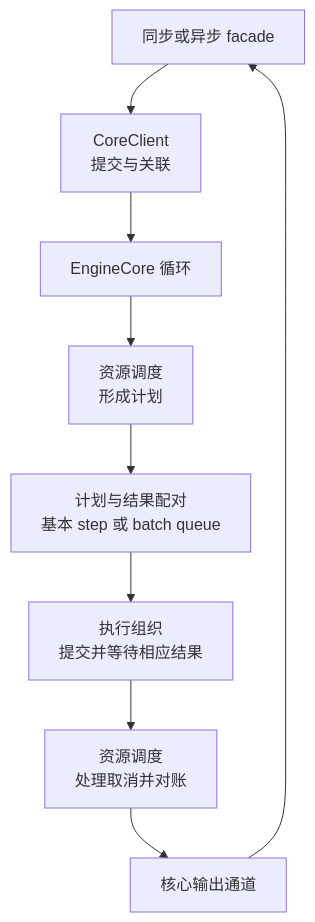
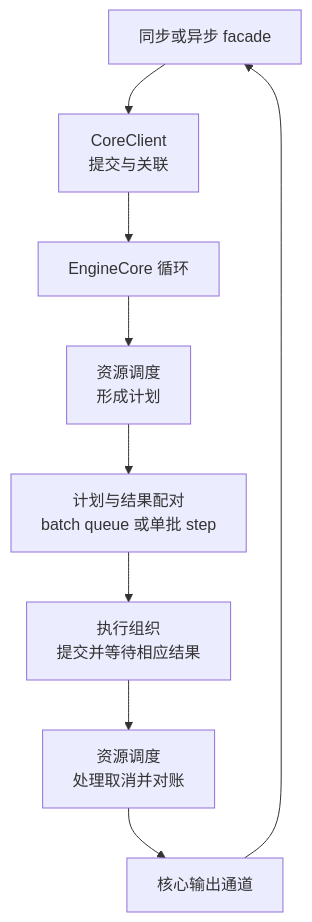
One commit to suhaibo666/llm-knowledge changed the fifth of 18 diagrams in wiki/02_engineering/03_infer_frameworks/vllm/02_vllm_architecture_overview_analysis.md. Above: the diagram before and after it, drawn with Mermaid. The commit also changed other lines of this file and 59 other files, not shown here.

````diff
--- a/wiki/02_engineering/03_infer_frameworks/vllm/02_vllm_architecture_overview_analysis.md
+++ b/wiki/02_engineering/03_infer_frameworks/vllm/02_vllm_architecture_overview_analysis.md
@@ -334,11 +362,11 @@
 ```mermaid
 flowchart TB
     F[同步或异步 facade] --> C[CoreClient<br/>提交与关联]
     C --> L[EngineCore 循环]
     L --> S[资源调度<br/>形成计划]
-    S --> Q[计划与结果配对<br/>基本 step 或 batch queue]
+    S --> Q[计划与结果配对<br/>batch queue 或单批 step]
     Q --> X[执行组织<br/>提交并等待相应结果]
     X --> A[资源调度<br/>处理取消并对账]
     A --> O[核心输出通道]
     O --> F
 ```
````
